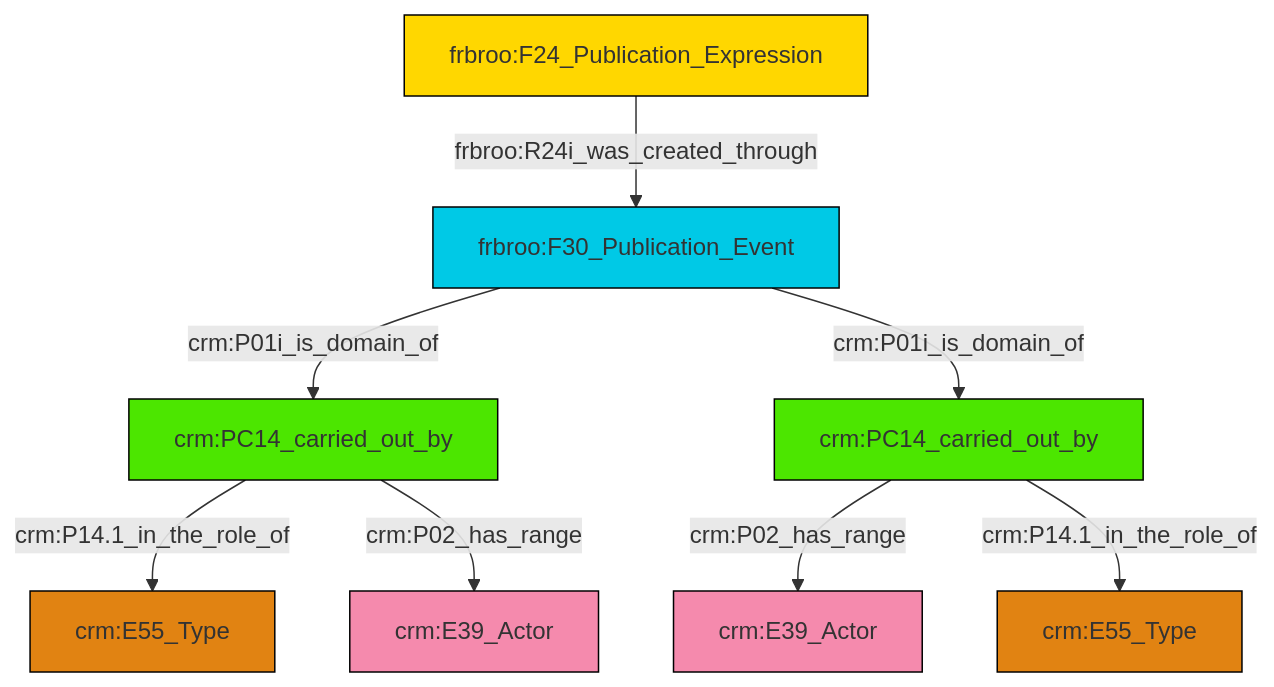
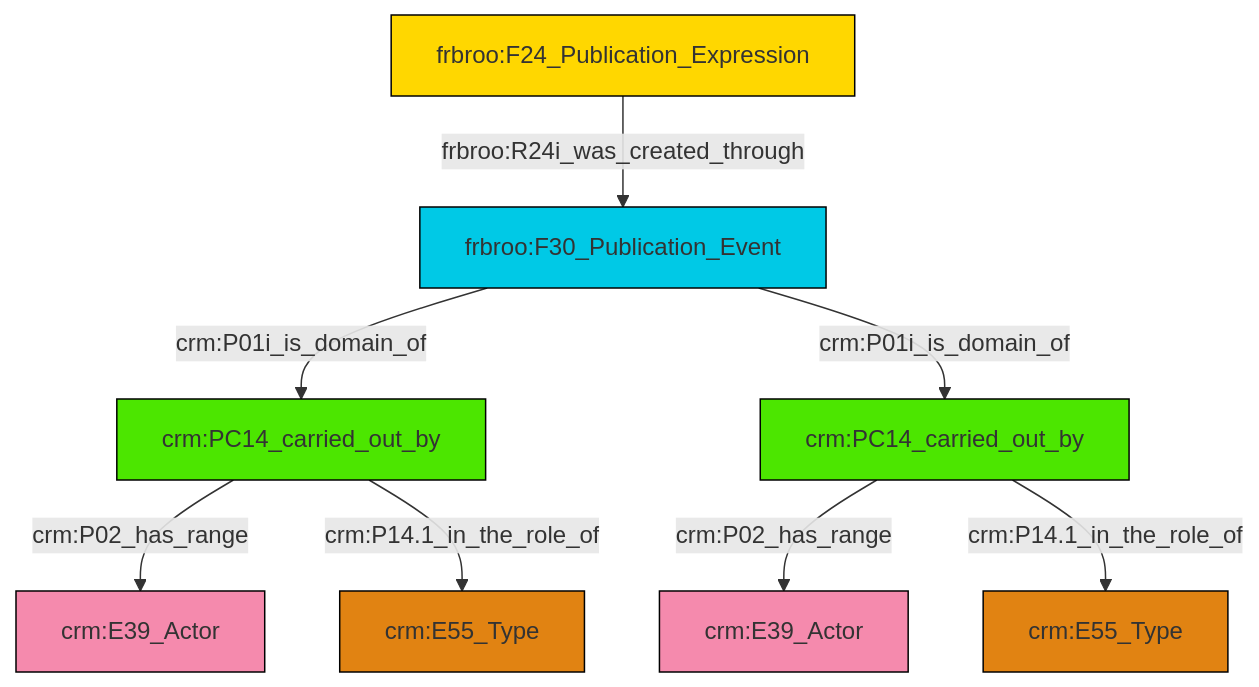
Before and after one commit to swiss-art-research-net/reference-data-models: the diagram in et/biblioCSV/ttl/mmd/biblio_actor_relations.ttl.mmd, drawn with Mermaid. The commit also changed 124 other files, not shown here.

```diff
--- a/et/biblioCSV/ttl/mmd/biblio_actor_relations.ttl.mmd
+++ b/et/biblioCSV/ttl/mmd/biblio_actor_relations.ttl.mmd
@@ -1,22 +1,22 @@
 graph TD
 classDef Literal fill:#f2f2f2,stroke:#000000;
 classDef CRM_Entity fill:#FFFFFF,stroke:#000000;
 classDef Temporal_Entity fill:#00C9E6, stroke:#000000;
 classDef Type fill:#E18312, stroke:#000000;
 classDef Time-Span fill:#2C9C91, stroke:#000000;
 classDef Appellation fill:#FFEB7F, stroke:#000000;
 classDef Place fill:#008836, stroke:#000000;
 classDef Persistent_Item fill:#B266B2, stroke:#000000;
 classDef Conceptual_Object fill:#FFD700, stroke:#000000;
 classDef Physical_Thing fill:#D2B48C, stroke:#000000;
 classDef Actor fill:#f58aad, stroke:#000000;
 classDef PC_Classes fill:#4ce600, stroke:#000000;
 classDef Multi fill:#cccccc,stroke:#000000;
 
-2["crm:PC14_carried_out_by"]:::PC_Classes -->|crm:P02_has_range| 3["crm:E39_Actor"]:::Actor
-4["frbroo:F30_Publication_Event"]:::Temporal_Entity -->|crm:P01i_is_domain_of| 5["crm:PC14_carried_out_by"]:::PC_Classes
-5["crm:PC14_carried_out_by"]:::PC_Classes -->|crm:P14.1_in_the_role_of| 8["crm:E55_Type"]:::Type
-0["frbroo:F24_Publication_Expression"]:::Conceptual_Object -->|frbroo:R24i_was_created_through| 4["frbroo:F30_Publication_Event"]:::Temporal_Entity
-2["crm:PC14_carried_out_by"]:::PC_Classes -->|crm:P14.1_in_the_role_of| 6["crm:E55_Type"]:::Type
-5["crm:PC14_carried_out_by"]:::PC_Classes -->|crm:P02_has_range| 10["crm:E39_Actor"]:::Actor
-4["frbroo:F30_Publication_Event"]:::Temporal_Entity -->|crm:P01i_is_domain_of| 2["crm:PC14_carried_out_by"]:::PC_Classes
+4["frbroo:F30_Publication_Event"]:::Temporal_Entity -->|crm:P01i_is_domain_of| 10["crm:PC14_carried_out_by"]:::PC_Classes
+10["crm:PC14_carried_out_by"]:::PC_Classes -->|crm:P02_has_range| 0["crm:E39_Actor"]:::Actor
+11["crm:PC14_carried_out_by"]:::PC_Classes -->|crm:P02_has_range| 2["crm:E39_Actor"]:::Actor
+10["crm:PC14_carried_out_by"]:::PC_Classes -->|crm:P14.1_in_the_role_of| 8["crm:E55_Type"]:::Type
+12["frbroo:F24_Publication_Expression"]:::Conceptual_Object -->|frbroo:R24i_was_created_through| 4["frbroo:F30_Publication_Event"]:::Temporal_Entity
+4["frbroo:F30_Publication_Event"]:::Temporal_Entity -->|crm:P01i_is_domain_of| 11["crm:PC14_carried_out_by"]:::PC_Classes
+11["crm:PC14_carried_out_by"]:::PC_Classes -->|crm:P14.1_in_the_role_of| 6["crm:E55_Type"]:::Type
```
